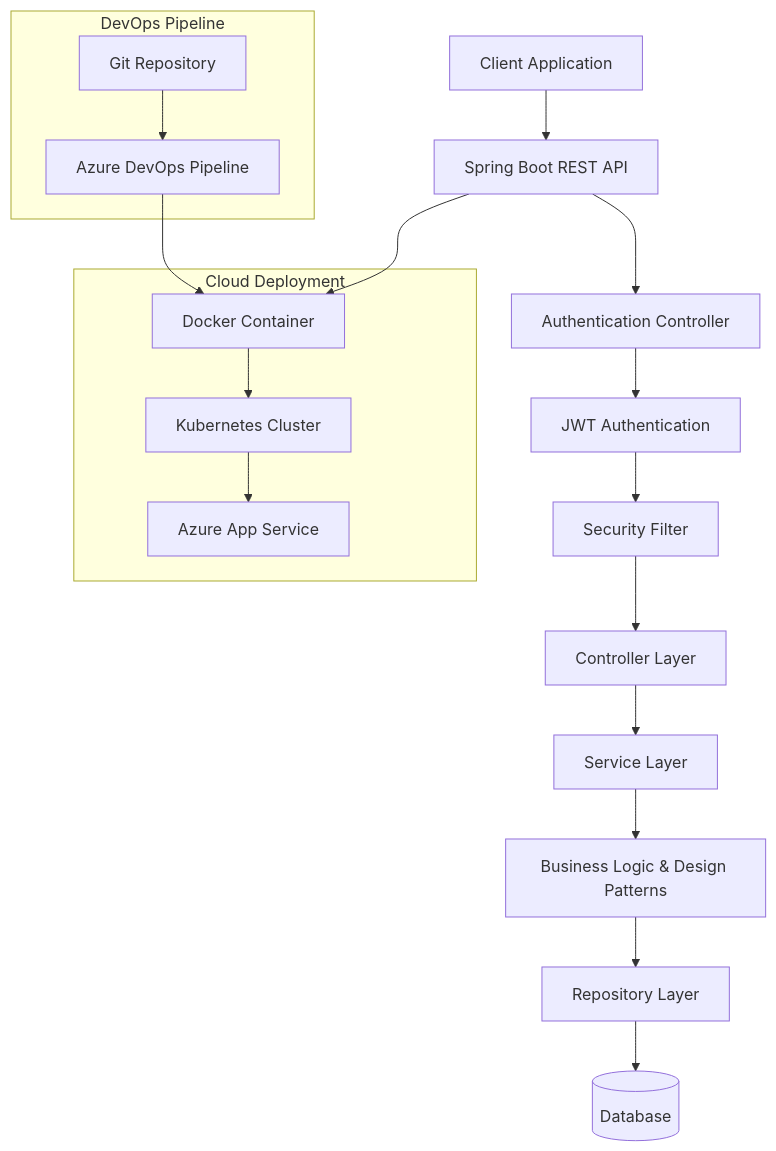
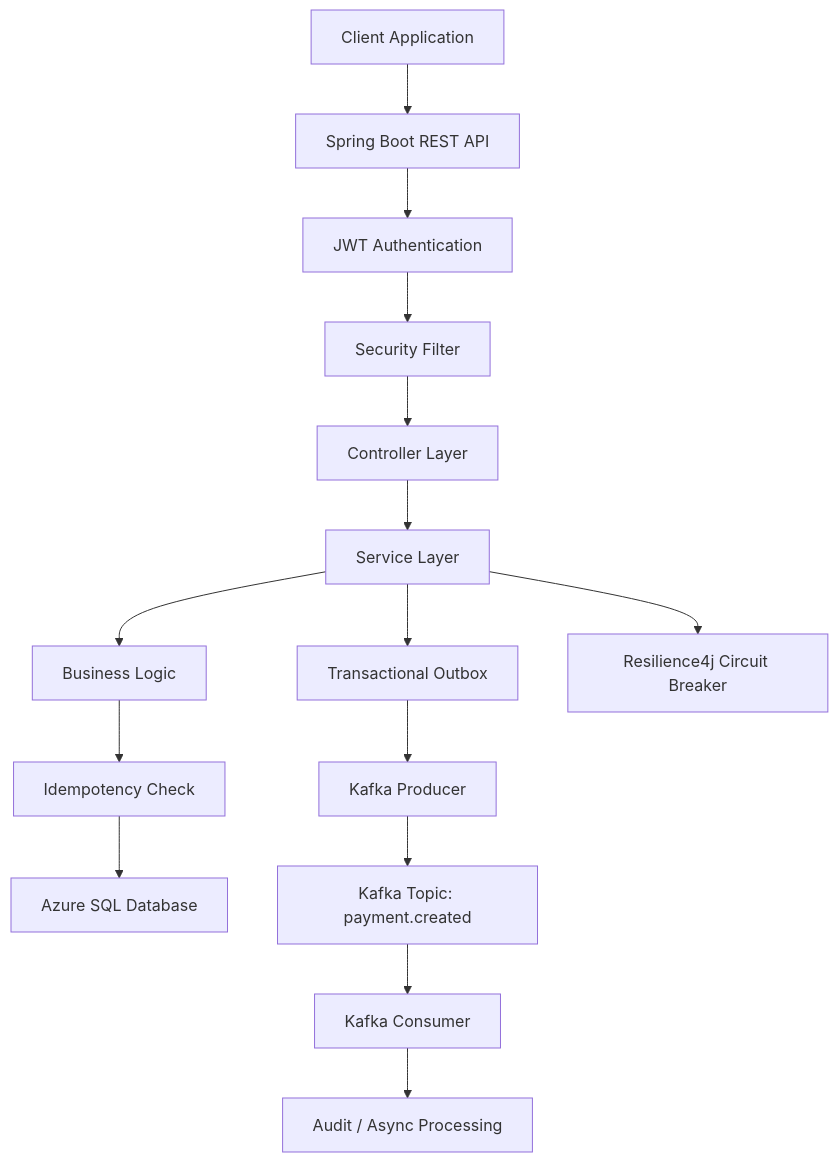
One commit to suryanarayananabinaya-tech/payment changed the diagram in README.md. Above: the diagram before and after it, drawn with Mermaid. The commit also changed other lines of this file, not shown here.

First line of the commit message:
Revise README for tech stack and architecture updates

````diff
--- a/README.md
+++ b/README.md
@@ -19,35 +25,17 @@
 ```mermaid
 flowchart TD
-
-A[Client Application] --> B[Spring Boot REST API]
-
-B --> C[Authentication Controller]
-C --> D[JWT Authentication]
-D --> E[Security Filter]
-
-E --> F[Controller Layer]
-F --> G[Service Layer]
-
-G --> H[Business Logic & Design Patterns]
-
-H --> I[Repository Layer]
-I --> J[(Database)]
-
-subgraph Cloud Deployment
-K[Docker Container]
-L[Kubernetes Cluster]
-M[Azure App Service]
-end
-
-B --> K
-K --> L
-L --> M
-
-subgraph DevOps Pipeline
-N[Git Repository]
-O[Azure DevOps Pipeline]
-end
-
-N --> O
-O --> K
+    A["Client Application"] --> B["Spring Boot REST API"]
+    B --> C["JWT Authentication"]
+    C --> D["Security Filter"]
+    D --> E["Controller Layer"]
+    E --> F["Service Layer"]
+    F --> G["Business Logic"]
+    G --> H["Idempotency Check"]
+    H --> I["Azure SQL Database"]
+    F --> J["Transactional Outbox"]
+    J --> K["Kafka Producer"]
+    K --> L["Kafka Topic: payment.created"]
+    L --> M["Kafka Consumer"]
+    M --> N["Audit / Async Processing"]
+    F --> O["Resilience4j Circuit Breaker"]
 ```
````
